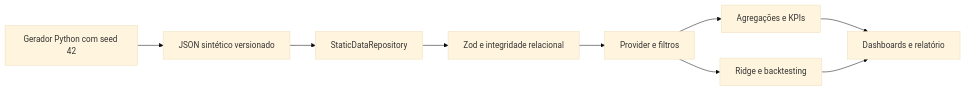
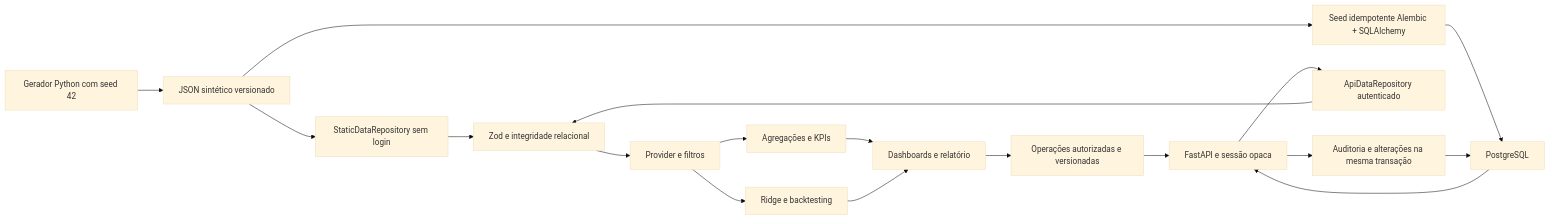
The diagram in docs/architecture.md (Thiago-code-lab/Dashboards-Tour4Friends), drawn with Mermaid (base theme) before and after one commit. The commit also changed other lines of this file and 89 other files, not shown here.

Commit message:
feat: add authenticated PostgreSQL laboratory and persistent operations

````diff
--- a/docs/architecture.md
+++ b/docs/architecture.md
@@ -3,11 +3,20 @@
 ```mermaid
 flowchart LR
   A[Gerador Python com seed 42] --> B[JSON sintético versionado]
-  B --> C[StaticDataRepository]
+  B --> C[StaticDataRepository sem login]
   C --> D[Zod e integridade relacional]
   D --> E[Provider e filtros]
   E --> F[Agregações e KPIs]
   E --> G[Ridge e backtesting]
   F --> H[Dashboards e relatório]
   G --> H
+  B --> I[Seed idempotente Alembic + SQLAlchemy]
+  I --> J[PostgreSQL]
+  J --> K[FastAPI e sessão opaca]
+  K --> L[ApiDataRepository autenticado]
+  L --> D
+  H --> M[Operações autorizadas e versionadas]
+  M --> K
+  K --> N[Auditoria e alterações na mesma transação]
+  N --> J
 ```
````
